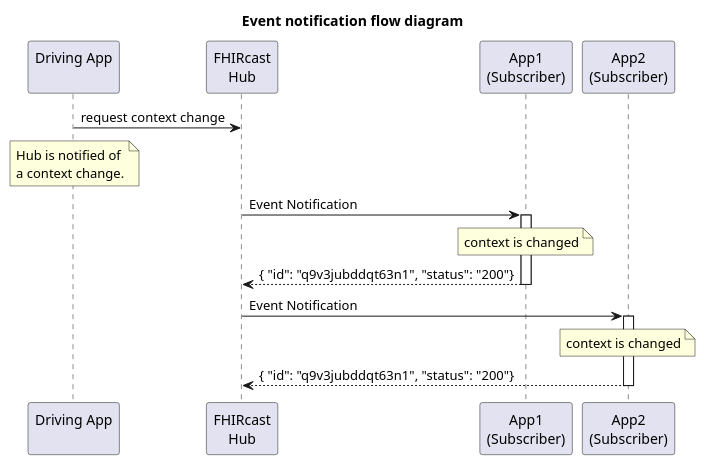
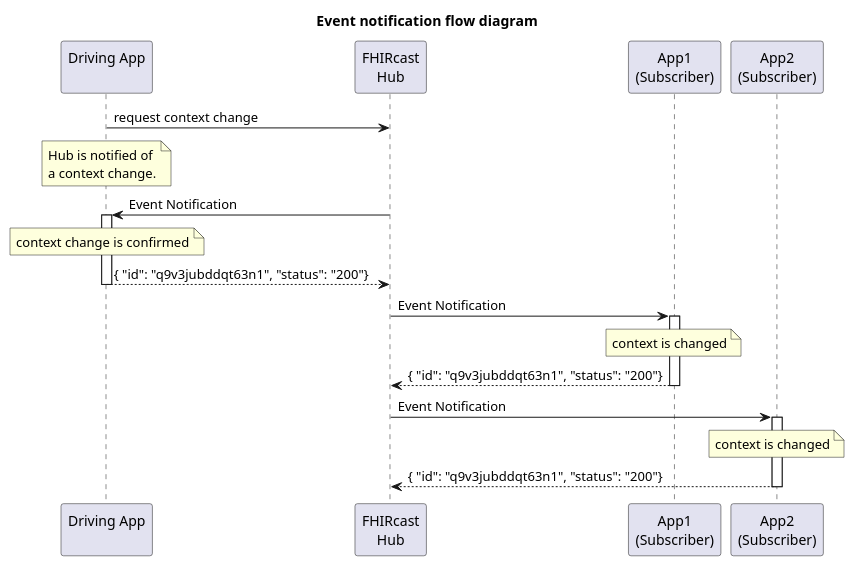
The diagram in input/images-source/EventNotificationSequence.plantuml (HL7/fhircast-docs), drawn with PlantUML before and after one commit.

Commit message:
clarify that driving app also receives event notification

```diff
--- a/input/images-source/EventNotificationSequence.plantuml
+++ b/input/images-source/EventNotificationSequence.plantuml
@@ -1,25 +1,29 @@
 @startuml
 title Event notification flow diagram
 
 participant "Driving App\n" as Controller
 
 participant "FHIRcast\nHub" as Hub
 participant "App1\n(Subscriber)" as Subscriber1
 participant "App2\n(Subscriber)" as Subscriber2
 
 Controller -> Hub: request context change
 
 note over Controller
     Hub is notified of 
     a context change.
 end note
 
+Hub -> Controller++: Event Notification
+note over Controller: context change is confirmed
+Hub <-- Controller--: { "id": "q9v3jubddqt63n1", "status": "200"}
+
 Hub -> Subscriber1++: Event Notification
 note over Subscriber1: context is changed
 Hub <-- Subscriber1--: { "id": "q9v3jubddqt63n1", "status": "200"}
 
 Hub -> Subscriber2++: Event Notification
 note over Subscriber2: context is changed
 Hub <-- Subscriber2--: { "id": "q9v3jubddqt63n1", "status": "200"}
 
 @enduml
```
